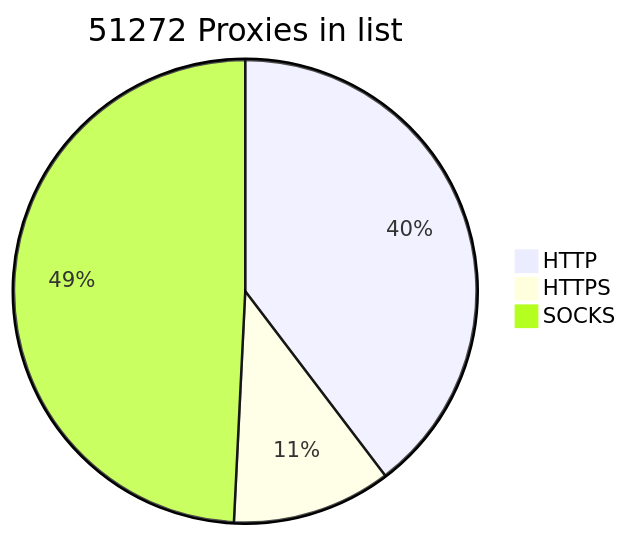
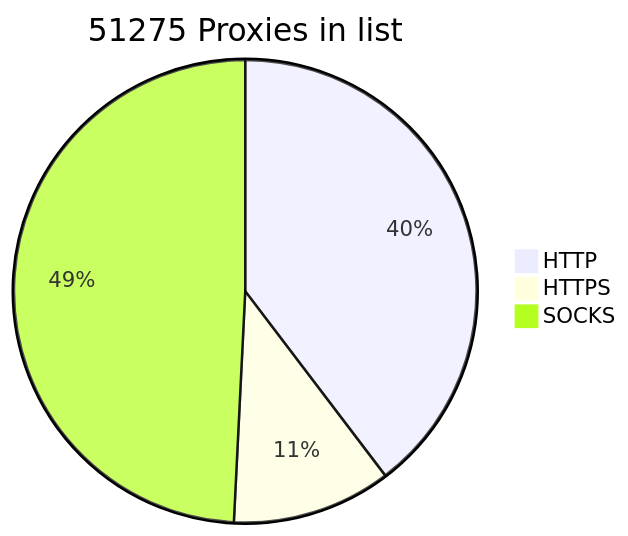
Before and after one commit to BlackSnowDot/proxylist-update-every-minute: the diagram in README.md, drawn with Mermaid.

````diff
--- a/README.md
+++ b/README.md
@@ -2,6 +2,6 @@
 ```mermaid
-pie title 51272 Proxies in list
+pie title 51275 Proxies in list
     "HTTP" : 22566
-    "HTTPS": 6327
+    "HTTPS": 6330
     "SOCKS" : 28004
 ```
````
